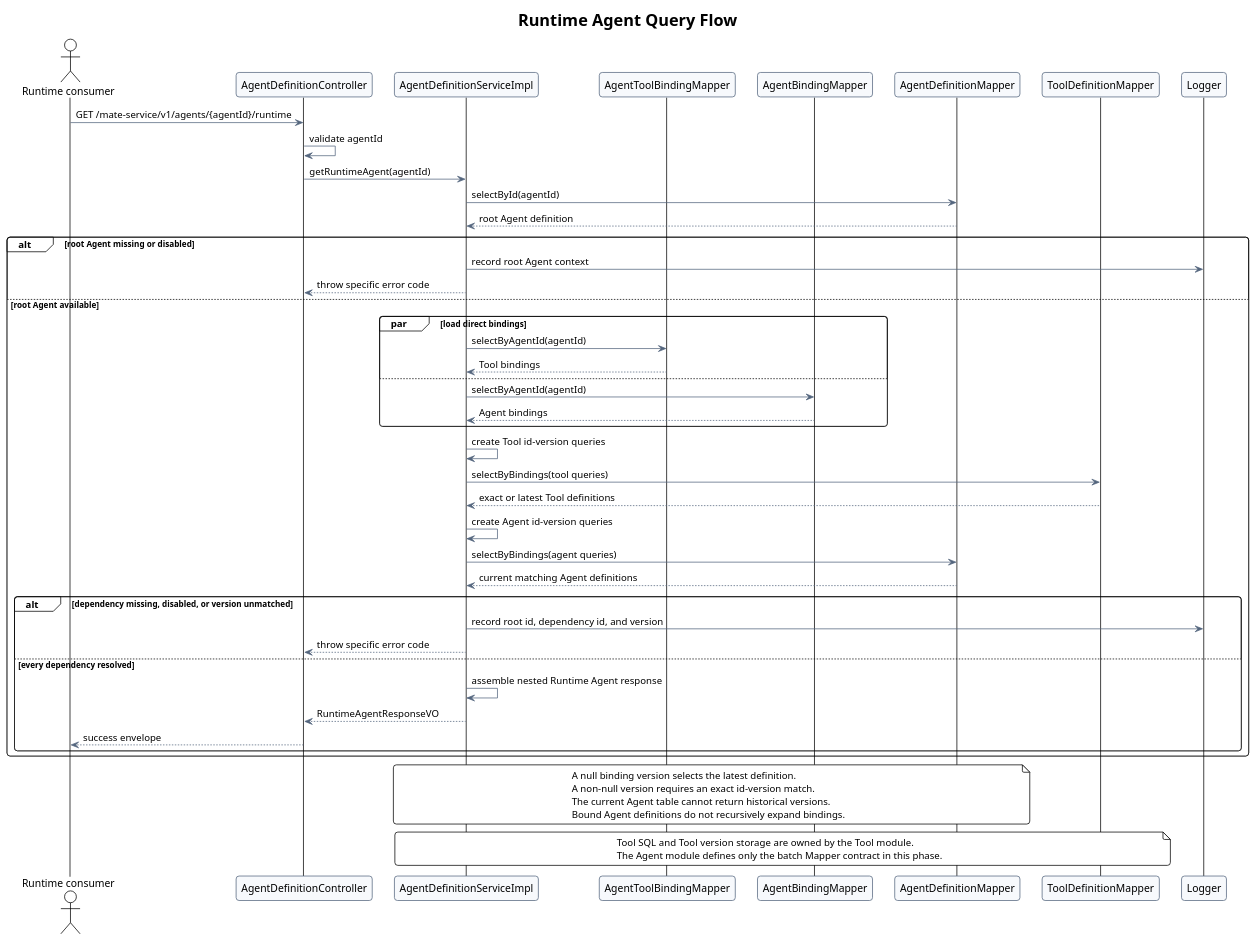
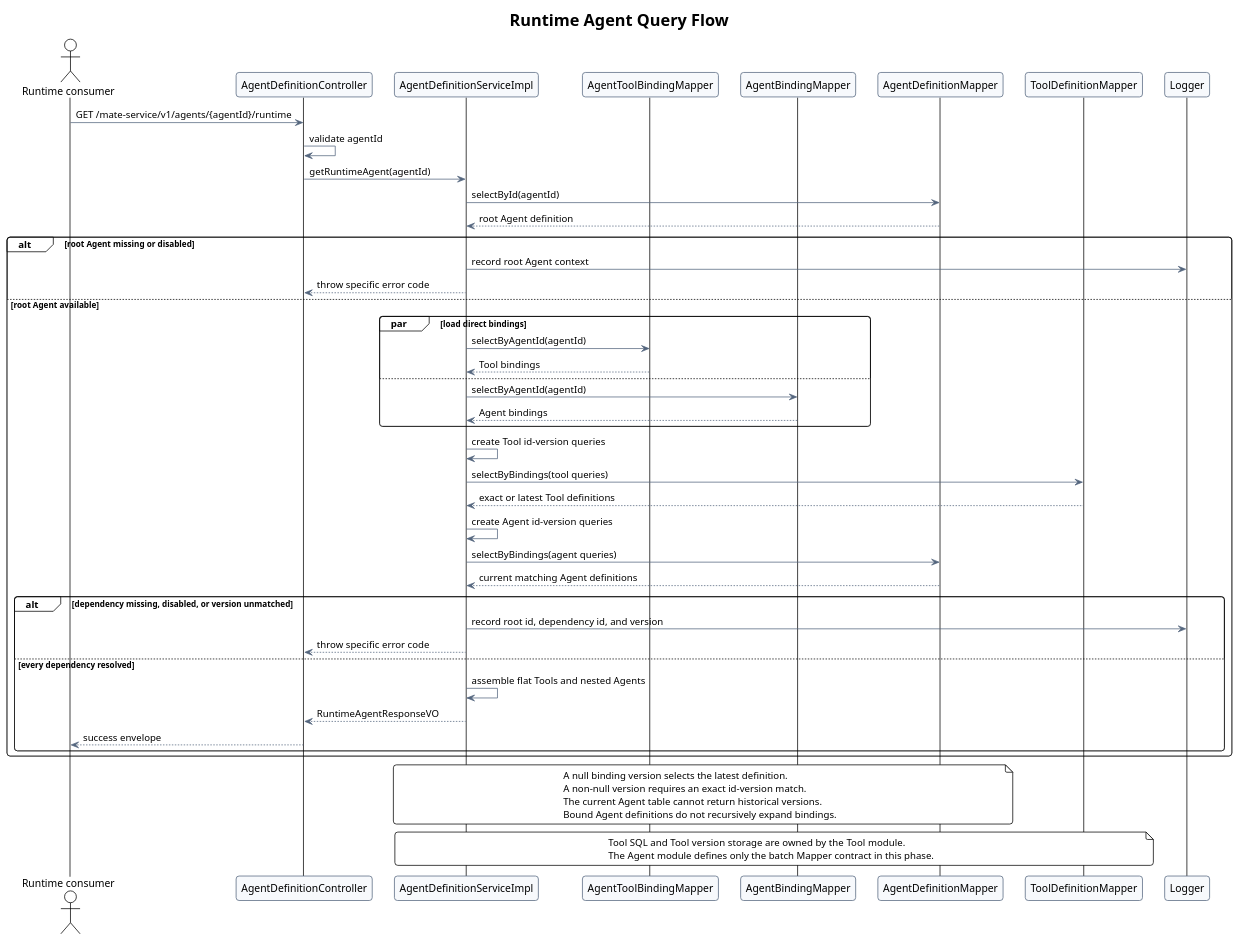
One commit to ssm0808/pi-mono-java-design changed the second of 2 diagrams in agent-metadata-gaussdb-design/diagram.puml. Above: the diagram before and after it, drawn with PlantUML. The commit also changed other lines of this file and 3 other files, not shown here.

Commit message:
docs(agent): flatten runtime tool definitions

```diff
--- a/agent-metadata-gaussdb-design/diagram.puml
+++ b/agent-metadata-gaussdb-design/diagram.puml
@@ -169,98 +169,101 @@
 @startuml runtime_agent_query_flow
 !theme plain
 title Runtime Agent Query Flow
 
 skinparam backgroundColor #FFFFFF
 skinparam shadowing false
 skinparam roundcorner 8
 skinparam sequenceArrowThickness 1
 skinparam ArrowColor #53657D
 skinparam ParticipantBorderColor #53657D
 skinparam ParticipantBackgroundColor #F7F9FC
 
 ' Source evidence:
 ' - mate-service baseline path and symbols:
 '   src/main/java/com/huawei/hicampus/mate/agentdefinition/controller/AgentDefinitionController.java
 '   AgentDefinitionController.getAgent.
 '   src/main/java/com/huawei/hicampus/mate/agentdefinition/service/AgentDefinitionService.java
 '   AgentDefinitionService.getAgent.
 '   src/main/java/com/huawei/hicampus/mate/agentdefinition/service/impl/AgentDefinitionServiceImpl.java
 '   AgentDefinitionServiceImpl.getAgent and loadAggregate.
 '   AgentDefinitionServiceImpl.getRuntimeAgent, resolveRuntimeTools,
 '   resolveRuntimeAgents, and indexDefinitions.
 '   src/main/java/com/huawei/hicampus/mate/agentdefinition/mapper/AgentDefinitionMapper.java
 '   AgentDefinitionMapper.selectById.
 '   AgentDefinitionMapper.selectByBindings.
 '   src/main/java/com/huawei/hicampus/mate/agentdefinition/mapper/AgentToolBindingMapper.java
 '   AgentToolBindingMapper.selectByAgentId.
 '   src/main/java/com/huawei/hicampus/mate/agentdefinition/mapper/AgentBindingMapper.java
 '   AgentBindingMapper.selectByAgentId.
 '   src/main/java/com/huawei/hicampus/mate/agentdefinition/mapper/ToolDefinitionMapper.java
 '   ToolDefinitionMapper.selectByBindings.
 '   src/main/java/com/huawei/hicampus/mate/agentdefinition/vo/RuntimeAgentResponseVO.java
-'   RuntimeAgentResponseVO nested Runtime response contract.
+'   RuntimeAgentResponseVO flat Tool and nested Agent response contract.
+'   src/main/java/com/huawei/hicampus/mate/agentdefinition/vo/ToolDefinitionResponseVO.java
+'   ToolDefinitionResponseVO flat bindingTools element.
 ' Observed behavior: getAgent returns binding identifiers and optional versions.
-' Observed behavior: getRuntimeAgent expands Tool and bound Agent definitions.
+' Observed behavior: getRuntimeAgent flattens Tool definitions and nests bound
+' Agent definitions under their binding metadata.
 ' Integration pending: ToolDefinitionMapper SQL is supplied by the Tool owner.
 ' Design reason: batch dependency queries avoid one query per binding.
 ' Security hardening: a missing, disabled, or unmatched dependency fails closed.
 ' Product constraint: no partial Runtime Agent response is returned.
 ' Data-model constraint: t_agent_definition stores only the current Agent version.
 
 actor "Runtime consumer" as Consumer
 participant AgentDefinitionController as Controller
 participant AgentDefinitionServiceImpl as Service
 participant AgentToolBindingMapper as ToolBindingMapper
 participant AgentBindingMapper as AgentBindingMapper
 participant AgentDefinitionMapper as DefinitionMapper
 participant ToolDefinitionMapper as ToolMapper
 participant Logger
 
 Consumer -> Controller: GET /mate-service/v1/agents/{agentId}/runtime
 Controller -> Controller: validate agentId
 Controller -> Service: getRuntimeAgent(agentId)
 Service -> DefinitionMapper: selectById(agentId)
 DefinitionMapper --> Service: root Agent definition
 
 alt root Agent missing or disabled
   Service -> Logger: record root Agent context
   Service --> Controller: throw specific error code
 else root Agent available
   par load direct bindings
     Service -> ToolBindingMapper: selectByAgentId(agentId)
     ToolBindingMapper --> Service: Tool bindings
   else
     Service -> AgentBindingMapper: selectByAgentId(agentId)
     AgentBindingMapper --> Service: Agent bindings
   end
 
   Service -> Service: create Tool id-version queries
   Service -> ToolMapper: selectByBindings(tool queries)
   ToolMapper --> Service: exact or latest Tool definitions
   Service -> Service: create Agent id-version queries
   Service -> DefinitionMapper: selectByBindings(agent queries)
   DefinitionMapper --> Service: current matching Agent definitions
 
   alt dependency missing, disabled, or version unmatched
     Service -> Logger: record root id, dependency id, and version
     Service --> Controller: throw specific error code
   else every dependency resolved
-    Service -> Service: assemble nested Runtime Agent response
+    Service -> Service: assemble flat Tools and nested Agents
     Service --> Controller: RuntimeAgentResponseVO
     Controller --> Consumer: success envelope
   end
 end
 
 note over Service,DefinitionMapper
   A null binding version selects the latest definition.
   A non-null version requires an exact id-version match.
   The current Agent table cannot return historical versions.
   Bound Agent definitions do not recursively expand bindings.
 end note
 
 note over Service,ToolMapper
   Tool SQL and Tool version storage are owned by the Tool module.
   The Agent module defines only the batch Mapper contract in this phase.
 end note
 
 @enduml
```
